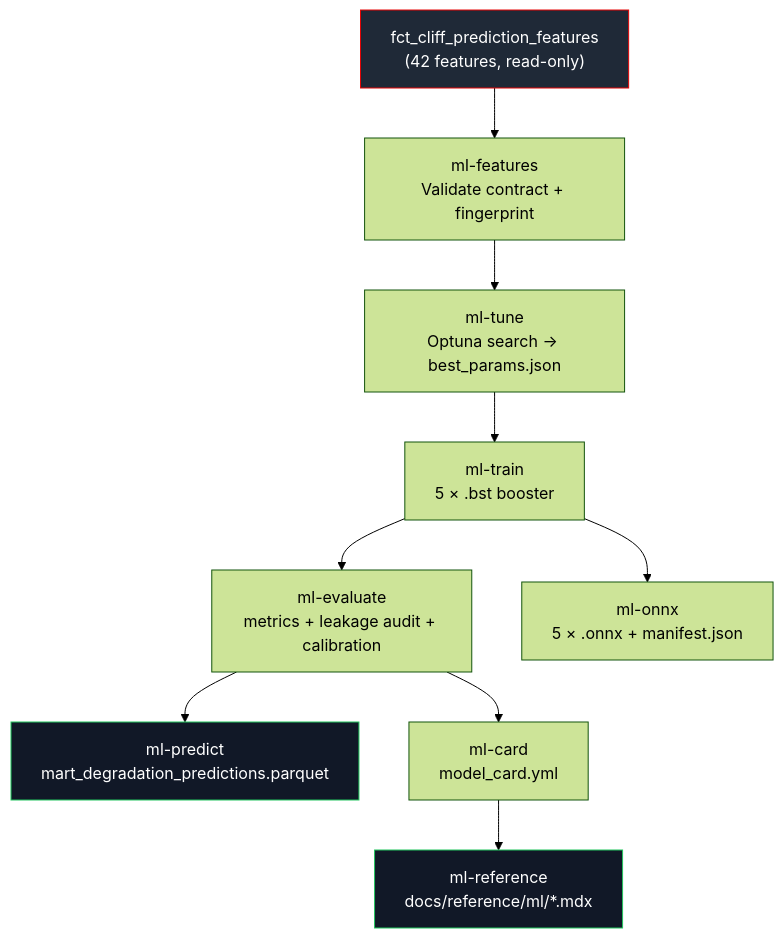
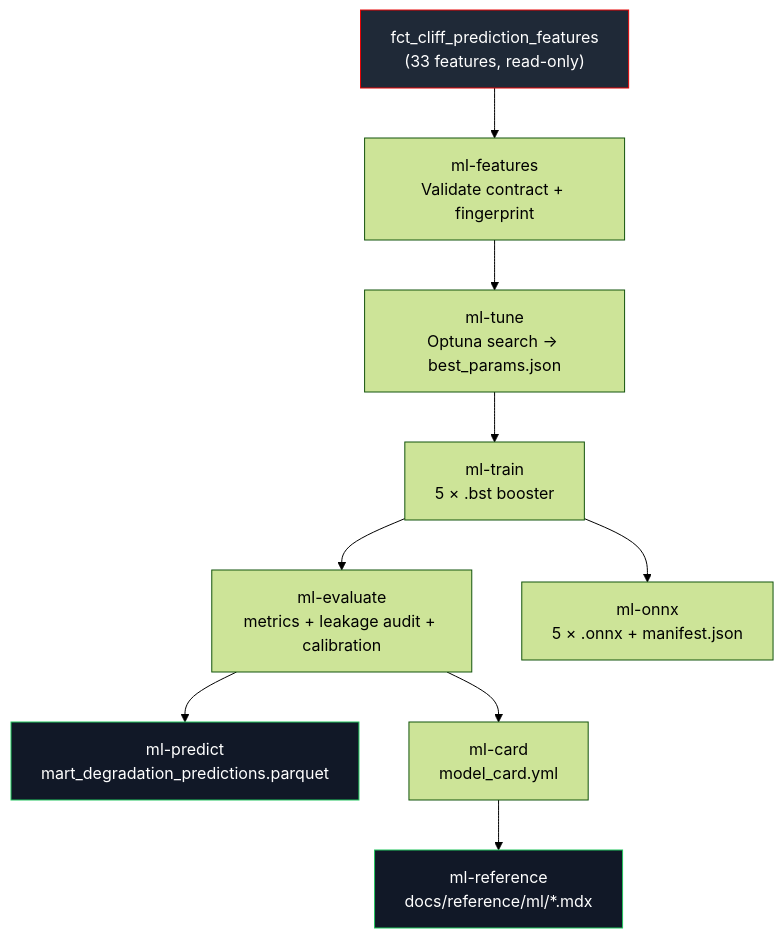
One commit to JustinClarke/off-the-pace changed the diagram in docs/ml/pipeline.mdx. Above: the diagram before and after it, drawn with Mermaid (forest theme). The commit also changed other lines of this file and 185 other files, not shown here.

````diff
--- a/docs/ml/pipeline.mdx
+++ b/docs/ml/pipeline.mdx
@@ -23,17 +23,17 @@
 ```mermaid
 flowchart TD
-    A["fct_cliff_prediction_features\n(42 features, read-only)"]
+    A["fct_cliff_prediction_features\n(33 features, read-only)"]
     A --> S1["ml-features\nValidate contract + fingerprint"]
     S1 --> S2["ml-tune\nOptuna search → best_params.json"]
     S2 --> S3["ml-train\n5 × .bst booster"]
     S3 --> S4["ml-evaluate\nmetrics + leakage audit + calibration"]
     S4 --> S5["ml-predict\nmart_degradation_predictions.parquet"]
     S3 --> S6["ml-onnx\n5 × .onnx + manifest.json"]
     S4 --> S7["ml-card\nmodel_card.yml"]
     S7 --> S8["ml-reference\ndocs/reference/ml/*.mdx"]
 
     classDef mart fill:#1f2937,stroke:#e40404,color:#fff;
     classDef output fill:#111827,stroke:#22c55e,color:#fff;
     class A mart;
     class S5,S8 output;
 ```
````
